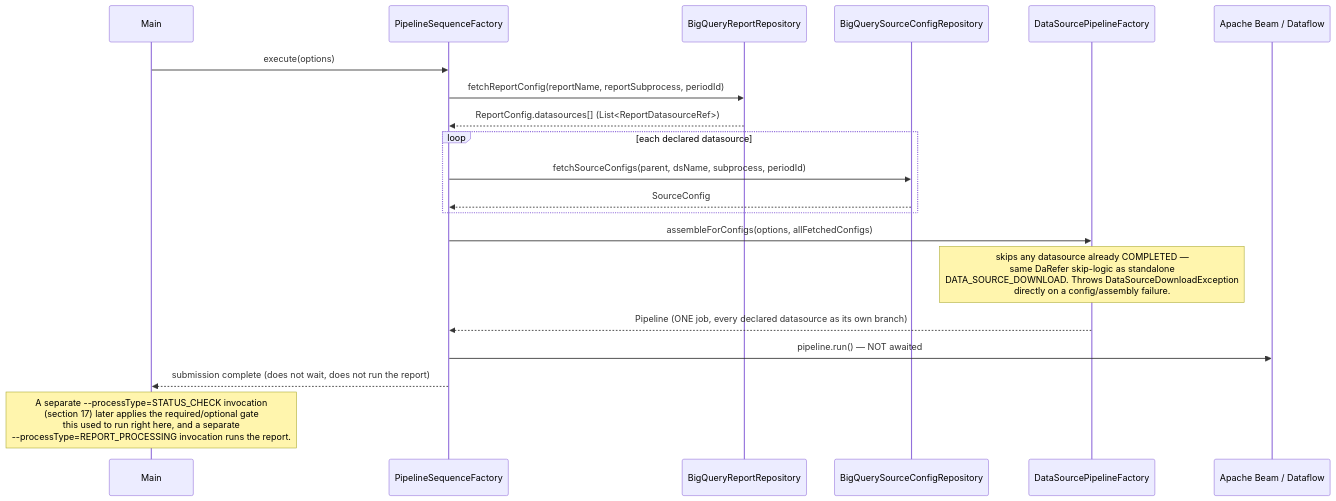
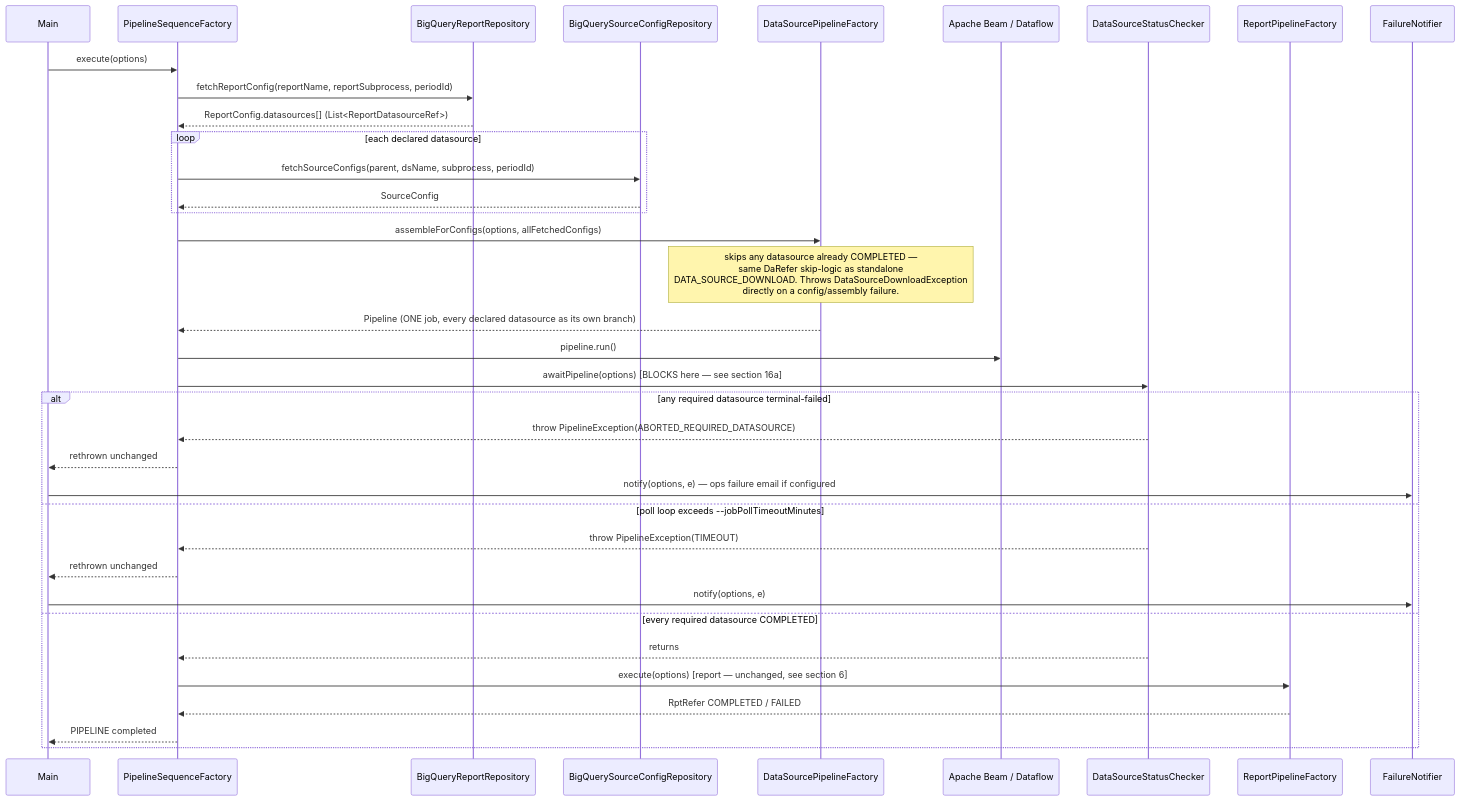
Before and after one commit to tushark-16bit/beam_framework: diagram 15 of 17 in WALKTHROUGH.md, drawn with Mermaid. The commit also changed other lines of this file and 13 other files, not shown here.

````diff
--- a/WALKTHROUGH.md
+++ b/WALKTHROUGH.md
@@ -908,26 +898,42 @@
 ```mermaid
 sequenceDiagram
     participant Main
     participant PSF as PipelineSequenceFactory
     participant RR as BigQueryReportRepository
     participant SCR as BigQuerySourceConfigRepository
     participant DSF as DataSourcePipelineFactory
     participant Beam as Apache Beam / Dataflow
+    participant DSC as DataSourceStatusChecker
+    participant RPF as ReportPipelineFactory
+    participant FN as FailureNotifier
 
     Main->>PSF: execute(options)
     PSF->>RR: fetchReportConfig(reportName, reportSubprocess, periodId)
     RR-->>PSF: ReportConfig.datasources[] (List<ReportDatasourceRef>)
 
     loop each declared datasource
         PSF->>SCR: fetchSourceConfigs(parent, dsName, subprocess, periodId)
         SCR-->>PSF: SourceConfig
     end
 
     PSF->>DSF: assembleForConfigs(options, allFetchedConfigs)
     Note over DSF: skips any datasource already COMPLETED —<br/>same DaRefer skip-logic as standalone<br/>DATA_SOURCE_DOWNLOAD. Throws DataSourceDownloadException<br/>directly on a config/assembly failure.
     DSF-->>PSF: Pipeline (ONE job, every declared datasource as its own branch)
-    PSF->>Beam: pipeline.run() — NOT awaited
-    PSF-->>Main: submission complete (does not wait, does not run the report)
+    PSF->>Beam: pipeline.run()
 
-    Note over Main: A separate --processType=STATUS_CHECK invocation<br/>(section 17) later applies the required/optional gate<br/>this used to run right here, and a separate<br/>--processType=REPORT_PROCESSING invocation runs the report.
+    PSF->>DSC: awaitPipeline(options)   [BLOCKS here — see section 16a]
+    alt any required datasource terminal-failed
+        DSC-->>PSF: throw PipelineException(ABORTED_REQUIRED_DATASOURCE)
+        PSF-->>Main: rethrown unchanged
+        Main->>FN: notify(options, e) — ops failure email if configured
+    else poll loop exceeds --jobPollTimeoutMinutes
+        DSC-->>PSF: throw PipelineException(TIMEOUT)
+        PSF-->>Main: rethrown unchanged
+        Main->>FN: notify(options, e)
+    else every required datasource COMPLETED
+        DSC-->>PSF: returns
+        PSF->>RPF: execute(options)   [report — unchanged, see section 6]
+        RPF-->>PSF: RptRefer COMPLETED / FAILED
+        PSF-->>Main: PIPELINE completed
+    end
 ```
````
